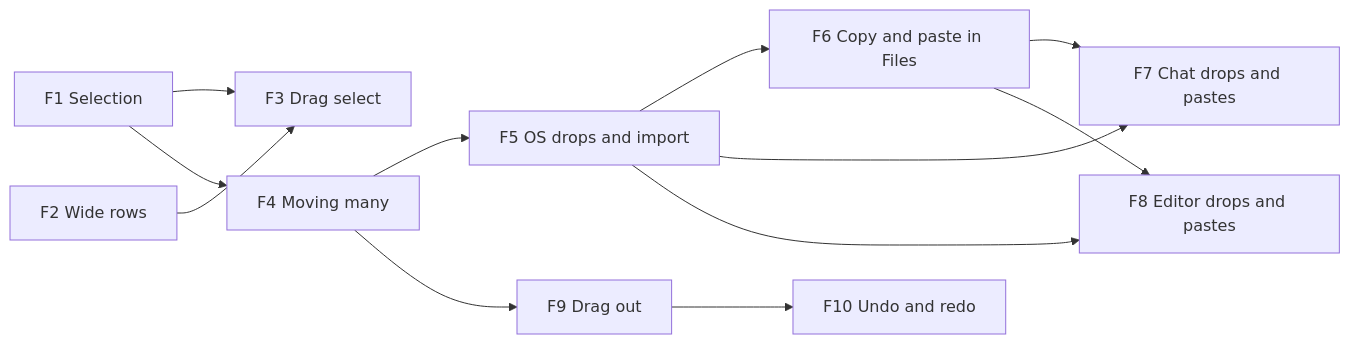
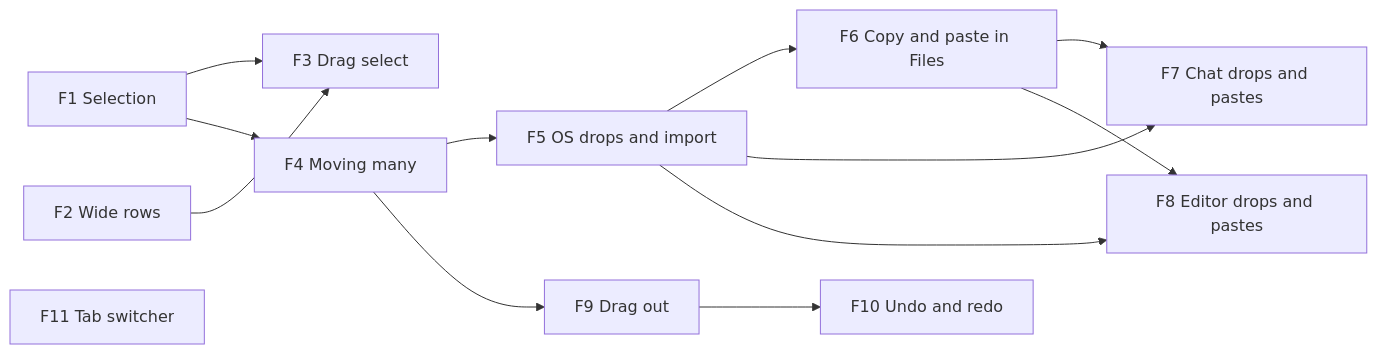
One commit to CTRL-Neo-Studios/vertex changed the diagram in File Explorer Plan.md. Above: the diagram before and after it, drawn with Mermaid. The commit also changed other lines of this file and 4 other files, not shown here.

````diff
--- a/File Explorer Plan.md
+++ b/File Explorer Plan.md
@@ -52,14 +53,15 @@
 ```mermaid
 flowchart LR
   F1[F1 Selection] --> F3[F3 Drag select]
   F2[F2 Wide rows] --> F3
   F1 --> F4[F4 Moving many]
   F4 --> F5[F5 OS drops and import]
   F5 --> F6[F6 Copy and paste in Files]
   F5 --> F7[F7 Chat drops and pastes]
   F5 --> F8[F8 Editor drops and pastes]
   F6 --> F7
   F6 --> F8
   F4 --> F9[F9 Drag out]
   F9 --> F10[F10 Undo and redo]
+  F11[F11 Tab switcher]
 ```
````
